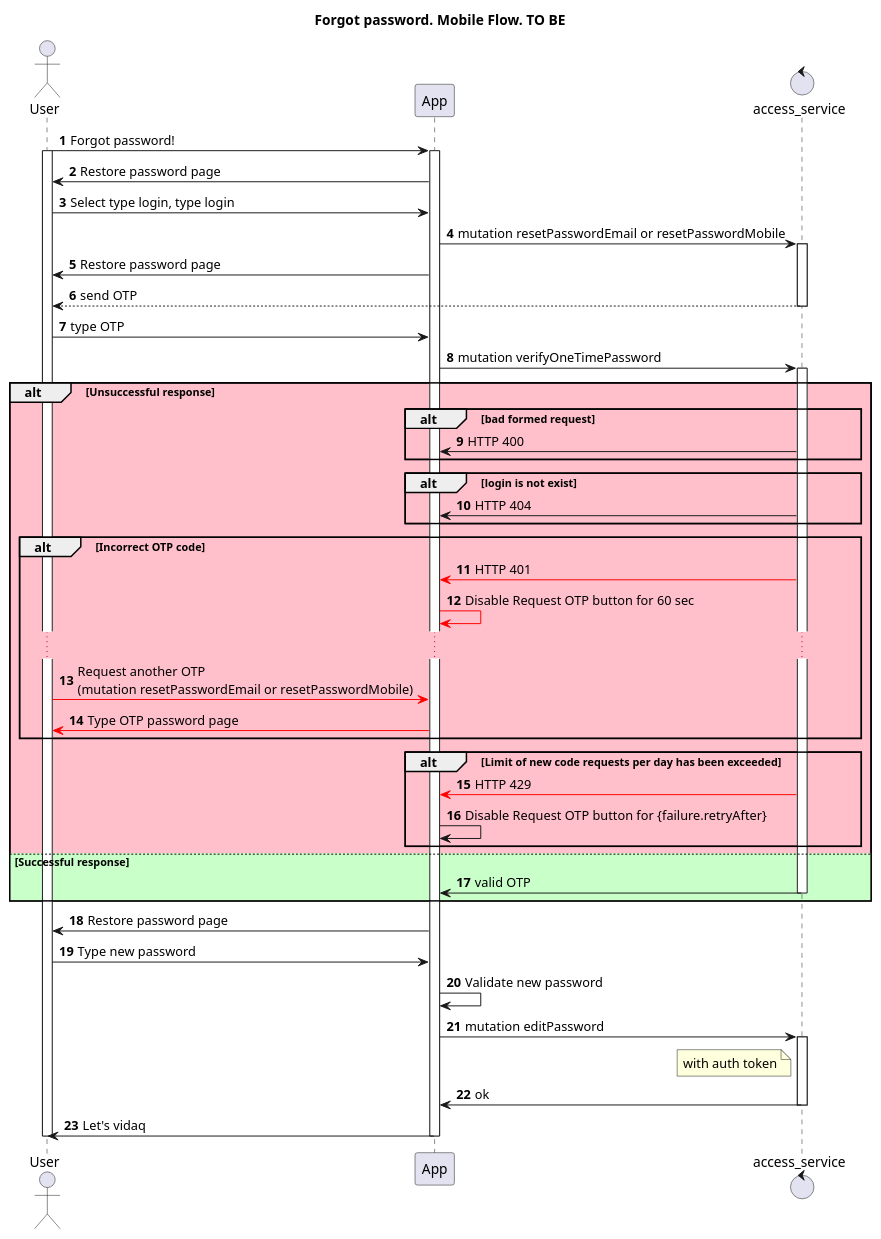
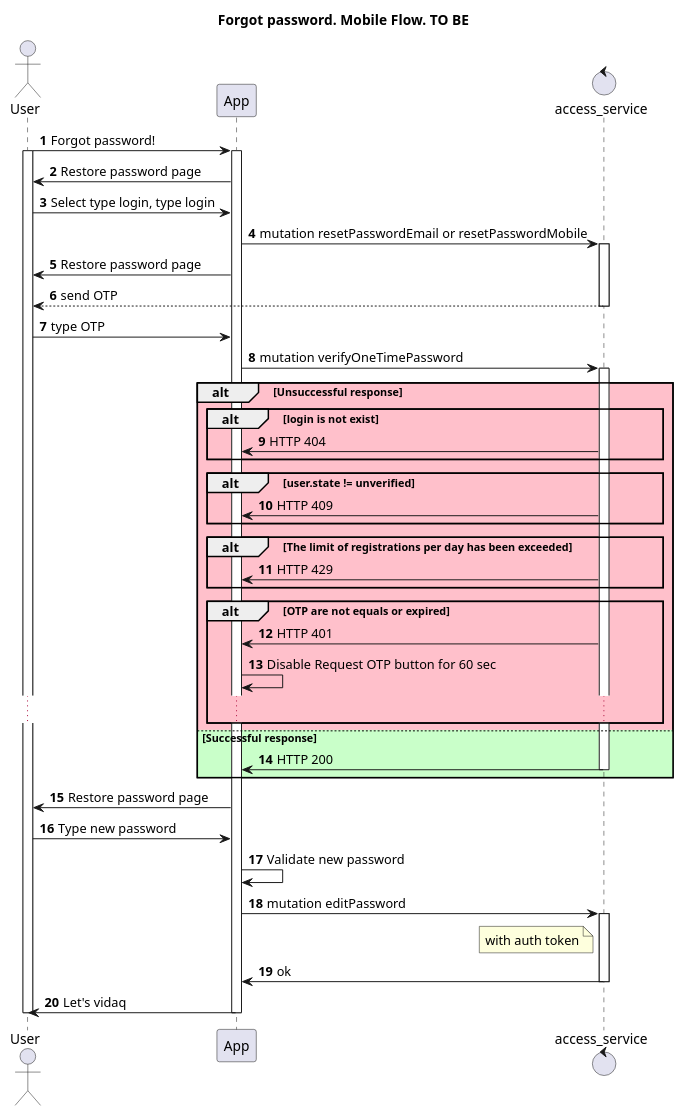
The diagram in schemas/fogotPasswordToBe.puml (algruwork/work), drawn with PlantUML before and after one commit. The commit also changed 1 other file, not shown here.

Commit message:
unify verifyOneTimePassword flow

```diff
--- a/schemas/fogotPasswordToBe.puml
+++ b/schemas/fogotPasswordToBe.puml
@@ -1,69 +1,67 @@
 @startuml
 actor User as U
-participant App as A
-control access_service as B
+participant App as GUI
+control access_service as AC
 
 title "Forgot password. Mobile Flow. TO BE"
 autonumber
-U -> A: Forgot password!
+U -> GUI: Forgot password!
 activate U
-activate A
+activate GUI
 
-A -> U: Restore password page
+GUI -> U: Restore password page
 
-U -> A: Select type login, type login
-A -> B: mutation resetPasswordEmail or resetPasswordMobile
-activate B
-A -> U: Restore password page
+U -> GUI: Select type login, type login
+GUI -> AC: mutation resetPasswordEmail or resetPasswordMobile
+activate AC
+GUI -> U: Restore password page
 
-B --> U: send OTP
-deactivate B
+AC --> U: send OTP
+deactivate AC
 
-U -> A: type OTP
-A -> B: mutation verifyOneTimePassword
-activate B
+U -> GUI: type OTP
+GUI -> AC: mutation verifyOneTimePassword
+activate AC
 
 alt #Pink Unsuccessful response
-
-alt #Pink bad formed request
-A <- B: HTTP 400
+alt #Pink login is not exist
+AC -> GUI: HTTP 404
 end
 
-alt #Pink login is not exist
-A <- B: HTTP 404
+alt #Pink user.state != unverified
+AC -> GUI: HTTP 409
 end
 
-alt #Pink Incorrect OTP code
-B [#Red]-> A: HTTP 401
-A [#Red]-> A: Disable Request OTP button for 60 sec
-...
-U [#Red]-> A: Request another OTP\n(mutation resetPasswordEmail or resetPasswordMobile)
-A [#Red]-> U:  Type OTP password page
+alt #Pink The limit of registrations per day has been exceeded
+AC -> GUI: HTTP 429
 end
 
-alt #Pink Limit of new code requests per day has been exceeded
-B [#Red]-> A: HTTP 429
-A -> A: Disable Request OTP button for {failure.retryAfter}
-end
-else #Technology Successful response
-B -> A: valid OTP
-deactivate B
+alt #Pink OTP are not equals or expired
+AC -> GUI: HTTP 401
+GUI -> GUI: Disable Request OTP button for 60 sec
+...
 end
 
 
-A -> U: Restore password page
-U -> A: Type new password
-A -> A: Validate new password
+else #Technology Successful response
+AC -> GUI: HTTP 200
+deactivate AC
+end
 
-A -> B: mutation editPassword
-note left B
+
+GUI -> U: Restore password page
+U -> GUI: Type new password
+GUI -> GUI: Validate new password
+
+GUI -> AC: mutation editPassword
+note left AC
 with auth token
 end note
-activate B
-B -> A: ok
-deactivate B
+activate AC
+AC -> GUI: ok
+deactivate AC
 
-A -> U: Let's vidaq
-deactivate A
+GUI -> U: Let's vidaq
+deactivate GUI
 deactivate U
 @enduml
```
